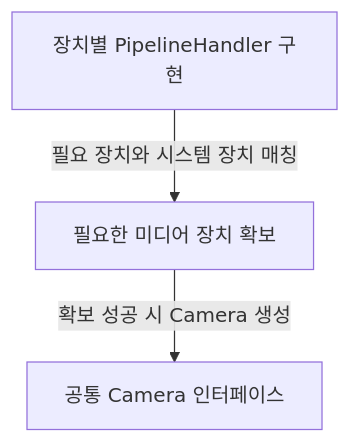
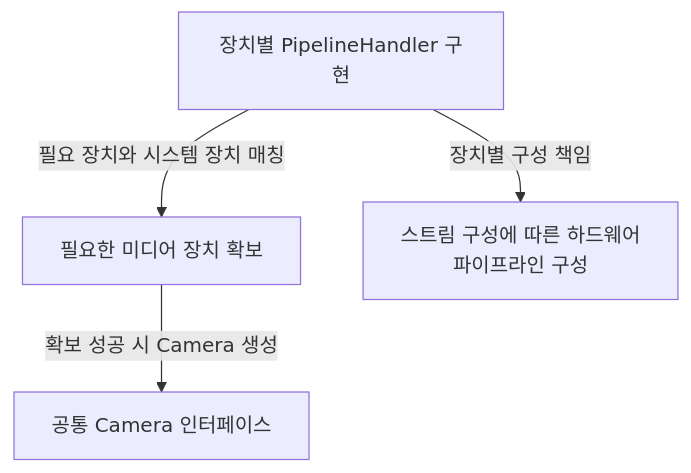
One commit to TTolsun/libcamera-sdd changed the second of 5 diagrams in docs/vendor-overview.md. Above: the diagram before and after it, drawn with Mermaid. The commit also changed other lines of this file and 79 other files, not shown here.

````diff
--- a/docs/vendor-overview.md
+++ b/docs/vendor-overview.md
@@ -93,9 +86,11 @@
 ```mermaid
 flowchart TB
-%% sdd:translations {"공통 Camera 인터페이스": "Common Camera interface", "장치별 PipelineHandler 구현": "Device-specific <br/>PipelineHandler", "필요 장치와 시스템 장치 매칭": "Match required devices to <br/>the system", "필요한 미디어 장치 확보": "Acquire required media <br/>devices", "확보 성공 시 Camera 생성": "Create Camera after <br/>acquisition"}
+%% sdd:translations {"공통 Camera 인터페이스": "Common Camera interface", "스트림 구성에 따른 하드웨어 <br/>파이프라인 구성": "Configure hardware pipeline <br/>from stream configuration", "장치별 PipelineHandler 구현": "Device-specific <br/>PipelineHandler", "장치별 구성 책임": "Device-specific <br/>configuration responsibility", "필요 장치와 시스템 장치 매칭": "Match required devices to <br/>the system", "필요한 미디어 장치 확보": "Acquire required media <br/>devices", "확보 성공 시 Camera 생성": "Create Camera after <br/>acquisition"}
   v_handler["장치별 PipelineHandler 구현"]
   v_media["필요한 미디어 장치 확보"]
   v_camera["공통 Camera 인터페이스"]
+  v_configure["스트림 구성에 따른 하드웨어 <br/>파이프라인 구성"]
+  v_handler -->|"장치별 구성 책임"| v_configure
   v_handler -->|"필요 장치와 시스템 장치 매칭"| v_media
   v_media -->|"확보 성공 시 Camera 생성"| v_camera
 ```
````
